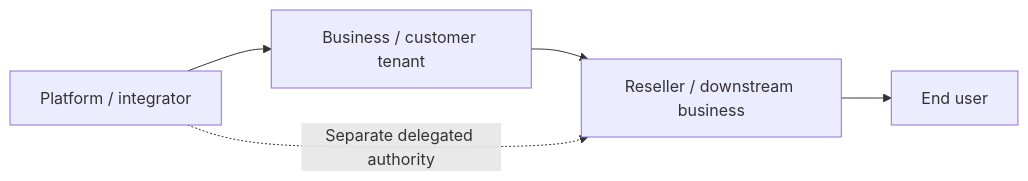
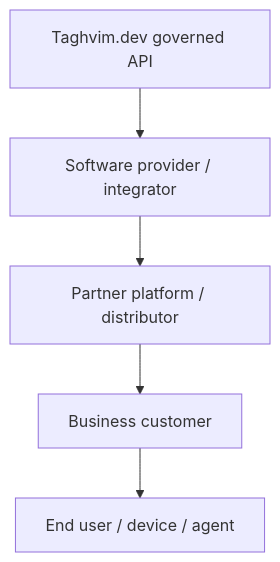
Before and after one commit to Taghvim-dev/.github: the diagram in docs/B2B2B2C.md, drawn with Mermaid. The commit also changed other lines of this file and 6 other files, not shown here.

````diff
--- a/docs/B2B2B2C.md
+++ b/docs/B2B2B2C.md
@@ -5,7 +5,7 @@
 ```mermaid
-flowchart LR
-    A["Platform / integrator"] --> B["Business / customer tenant"]
-    B --> C["Reseller / downstream business"]
-    C --> D["End user"]
-    A -. "Separate delegated authority" .-> C
+flowchart TB
+ T["Taghvim.dev governed API"] --> A["Software provider / integrator"]
+ A --> B["Partner platform / distributor"]
+ B --> C["Business customer"]
+ C --> D["End user / device / agent"]
 ```
````
